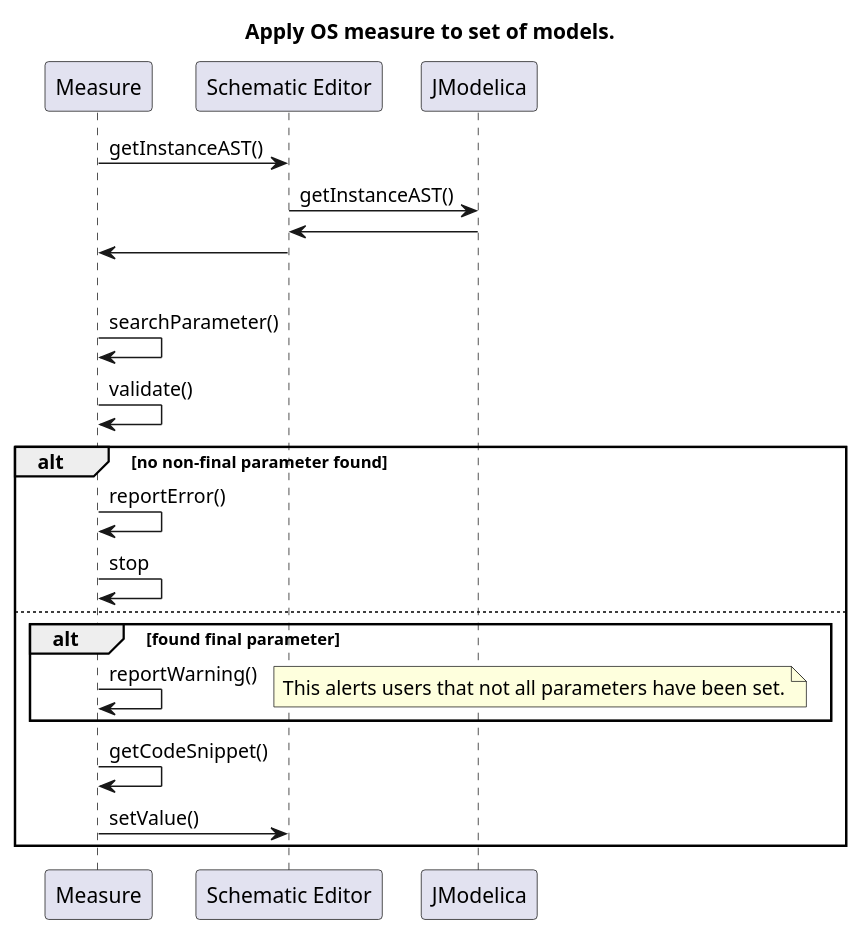
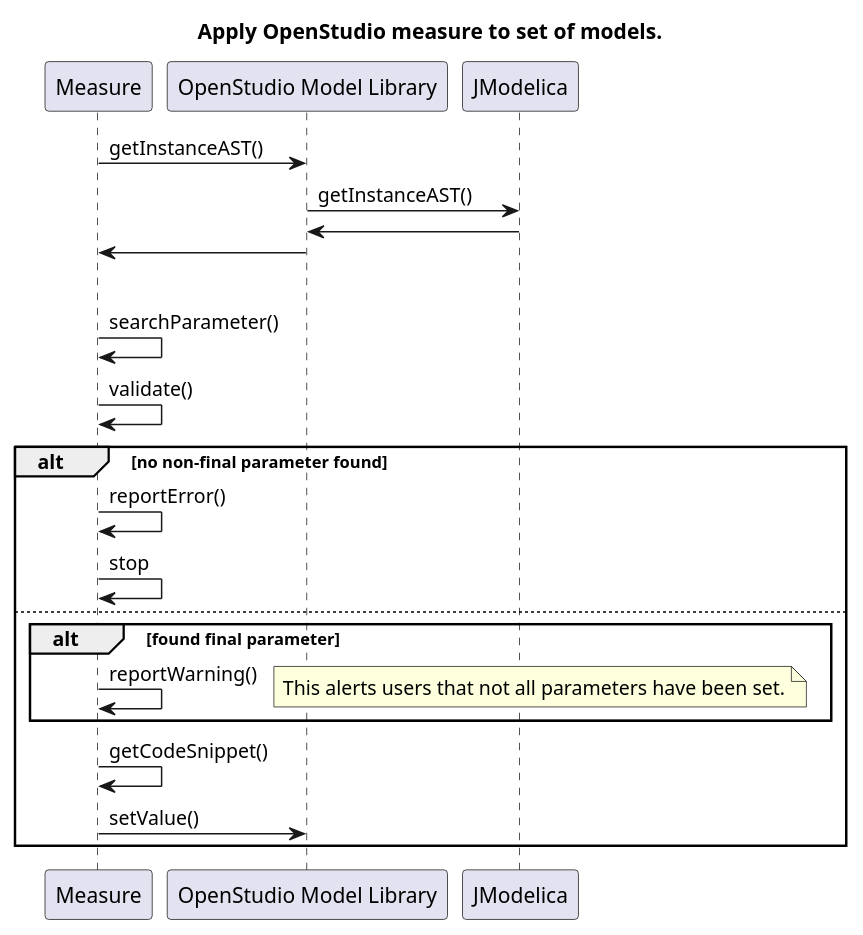
Before and after one commit to lbl-srg/soep: the fourth of 4 diagrams in doc-design/source/useCases.rst, drawn with PlantUML. The commit also changed other lines of this file and 57 other files, not shown here.

```diff
--- a/doc-design/source/useCases.rst
+++ b/doc-design/source/useCases.rst
@@ -444,31 +458,31 @@
 .. uml::
-   :caption: Applying an OS measure to a set of models.
+   :caption: Applying an OpenStudio measure to a set of models.
 
-   title Apply OS measure to set of models.
+   title Apply OpenStudio measure to set of models.
 
-   Measure -> "Schematic Editor": getInstanceAST()
-   "Schematic Editor" -> JModelica: getInstanceAST()
-   "Schematic Editor" <- JModelica
-   Measure <- "Schematic Editor"
+   Measure -> "OpenStudio Model Library": getInstanceAST()
+   "OpenStudio Model Library" -> JModelica: getInstanceAST()
+   "OpenStudio Model Library" <- JModelica
+   Measure <- "OpenStudio Model Library"
    |||
    Measure -> Measure: searchParameter()
    Measure -> Measure: validate()
 
    alt no non-final parameter found
 
        Measure -> Measure: reportError()
        Measure -> Measure: stop
 
    else
 
        alt found final parameter
 
          Measure -> Measure: reportWarning()
          note right: This alerts users that not all parameters have been set.
 
        end
 
        Measure -> Measure: getCodeSnippet()
-       Measure -> "Schematic Editor": setValue()
+       Measure -> "OpenStudio Model Library": setValue()
 
    end
```
